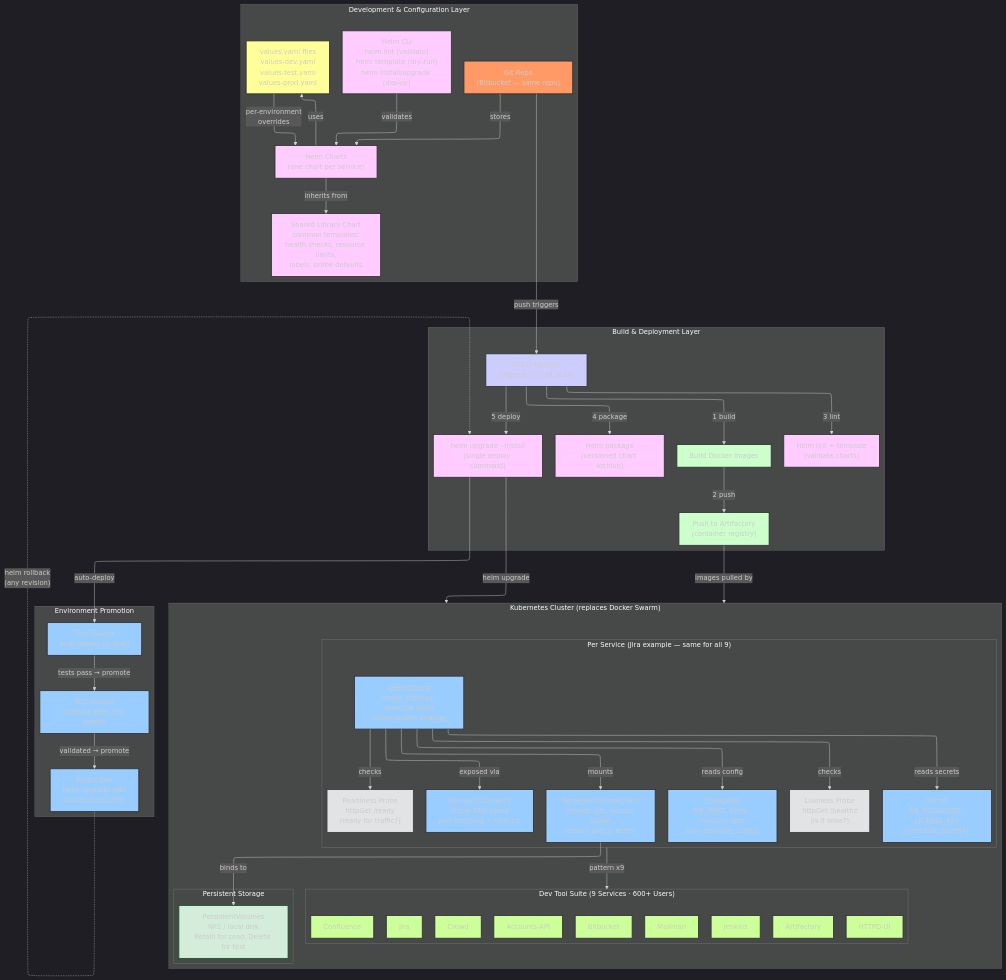
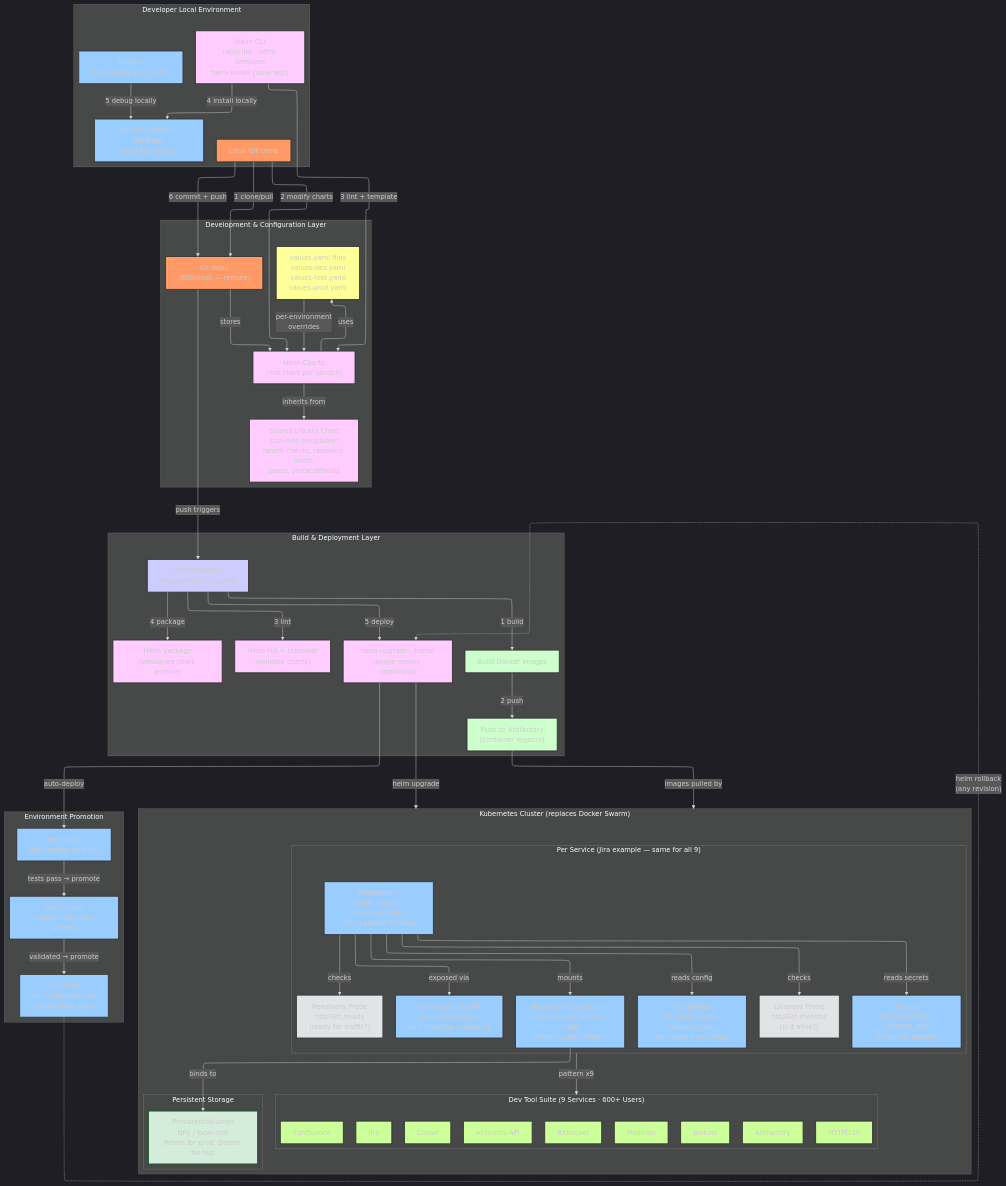
The second of 3 diagrams in architecture/ibm-migration-answers.md (carlosmsanchezm/prep), drawn with Mermaid before and after one commit. The commit also changed 1 other file, not shown here.

Commit message:
Add StatefulSet vs Deployment, helm rollback mechanics, CI/CD pipeline details, developer connection flow, local dev environment to AFTER diagram
K8s Fundamentals additions:
- StatefulSet vs Deployment table: apps = Deployments, databases = StatefulSets
- Helm rollback: how revisions work, what the command does, automation possibility
- CI/CD pipeline stages table: build, push, lint, template, package, deploy, smoke, promote
- No SonarQube/Trivy/Kyverno at IBM — those came at VivSoft/NTConcepts
- Developer connection: kubeconfig, VPN, context switching between local/dev/test/prod
- Local dev environment: Docker Desktop/Minikube for local K8s testing

AFTER state mermaid diagram:
- Added Developer Local Environment box with local Git, Docker Desktop, Helm, kubectl
- Added numbered developer workflow arrows (clone → modify → lint → install locally → debug → push)

```diff
--- a/architecture/ibm-migration-answers.md
+++ b/architecture/ibm-migration-answers.md
@@ -177,12 +177,18 @@
   theme: dark
 ---
 flowchart TD
+    subgraph Dev_Local["Developer Local Environment"]
+        LOCAL_GIT["Local Git clone"]:::git
+        DOCKER_DESKTOP["Docker Desktop / Minikube<br/>(local K8s cluster)"]:::k8s
+        LOCAL_HELM["Helm CLI<br/>helm lint · helm template<br/>helm install (local test)"]:::helm
+        LOCAL_KUBECTL["kubectl<br/>(debugging, logs, exec)"]:::k8s
+    end
+
     subgraph Dev_Config_Layer["Development & Configuration Layer"]
-        GIT_AFTER["Git Repo<br/>(Bitbucket — same repo)"]:::git
+        GIT_AFTER["Git Repo<br/>(Bitbucket — remote)"]:::git
         HELM_CHARTS["Helm Charts<br/>(one chart per service)"]:::helm
         SHARED_LIB["Shared Library Chart<br/>common templates:<br/>health checks, resource limits,<br/>labels, probe defaults"]:::helm
         VALUES["values.yaml files<br/>values-dev.yaml<br/>values-test.yaml<br/>values-prod.yaml"]:::values
-        HELM_CLI["Helm CLI<br/>helm lint (validate)<br/>helm template (dry-run)<br/>helm install/upgrade (deploy)"]:::helm
     end
 
     subgraph Build_Deploy_Layer["Build & Deployment Layer"]
@@ -228,11 +234,18 @@
         PROD_CLUSTER["Production<br/>helm upgrade with<br/>values-prod.yaml"]:::k8s
     end
 
+    %% Developer local workflow
+    LOCAL_GIT -- "1 clone/pull" --> GIT_AFTER
+    LOCAL_GIT -- "2 modify charts" --> HELM_CHARTS
+    LOCAL_HELM -- "3 lint + template" --> HELM_CHARTS
+    LOCAL_HELM -- "4 install locally" --> DOCKER_DESKTOP
+    LOCAL_KUBECTL -- "5 debug locally" --> DOCKER_DESKTOP
+    LOCAL_GIT -- "6 commit + push" --> GIT_AFTER
+
     %% Dev & Config layer relationships
     GIT_AFTER -- "stores" --> HELM_CHARTS
     HELM_CHARTS -- "inherits from" --> SHARED_LIB
     HELM_CHARTS -- "uses" --> VALUES
-    HELM_CLI -- "validates" --> HELM_CHARTS
     VALUES -- "per-environment<br/>overrides" --> HELM_CHARTS
 
     %% Build & Deploy layer relationships
```
